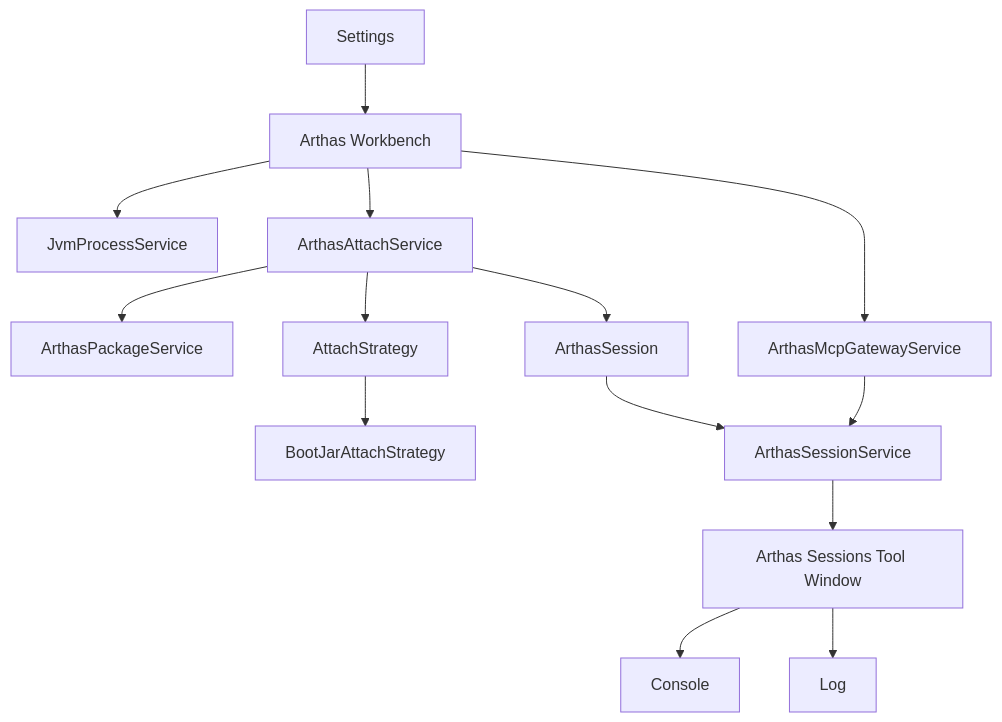
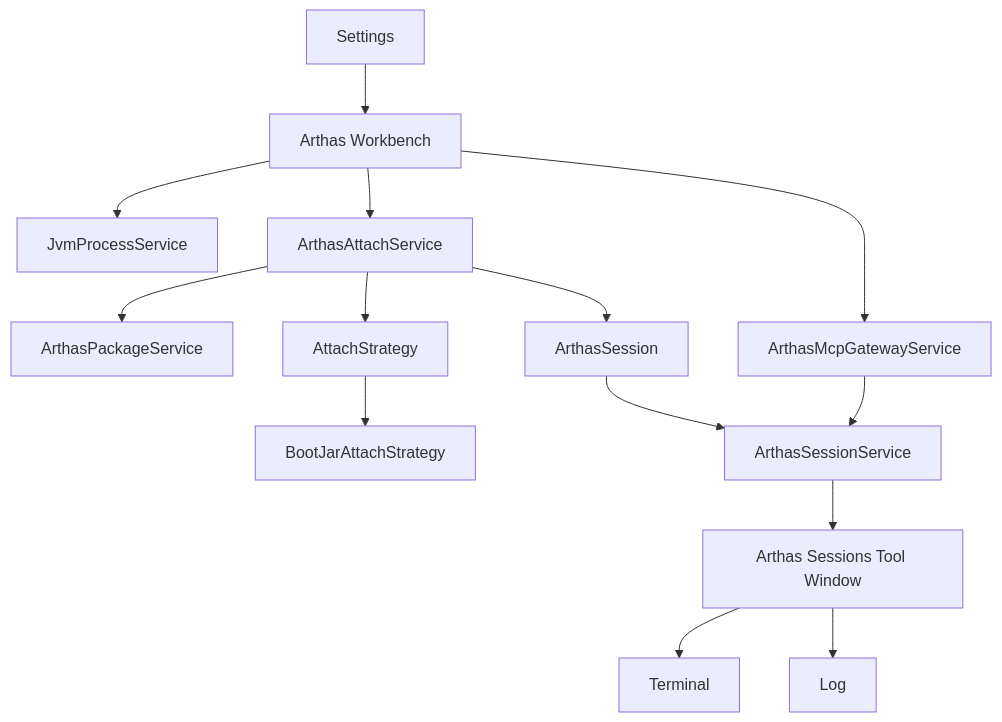
Before and after one commit to fgfernandez93/arthas-workbench: the diagram in docs/ARCHITECTURE.md, drawn with Mermaid. The commit also changed other lines of this file and 25 other files, not shown here.

````diff
--- a/docs/ARCHITECTURE.md
+++ b/docs/ARCHITECTURE.md
@@ -213,16 +213,16 @@
 ```mermaid
 flowchart TD
     A["Settings"] --> B["Arthas Workbench"]
     B --> C["JvmProcessService"]
     B --> D["ArthasAttachService"]
     D --> E["ArthasPackageService"]
     D --> F["AttachStrategy"]
     F --> F1["BootJarAttachStrategy"]
     D --> G["ArthasSession"]
     G --> H["ArthasSessionService"]
     H --> I["Arthas Sessions Tool Window"]
-    I --> J["Console"]
+    I --> J["Terminal"]
     I --> K["Log"]
     B --> L["ArthasMcpGatewayService"]
     L --> H
 ```
````
